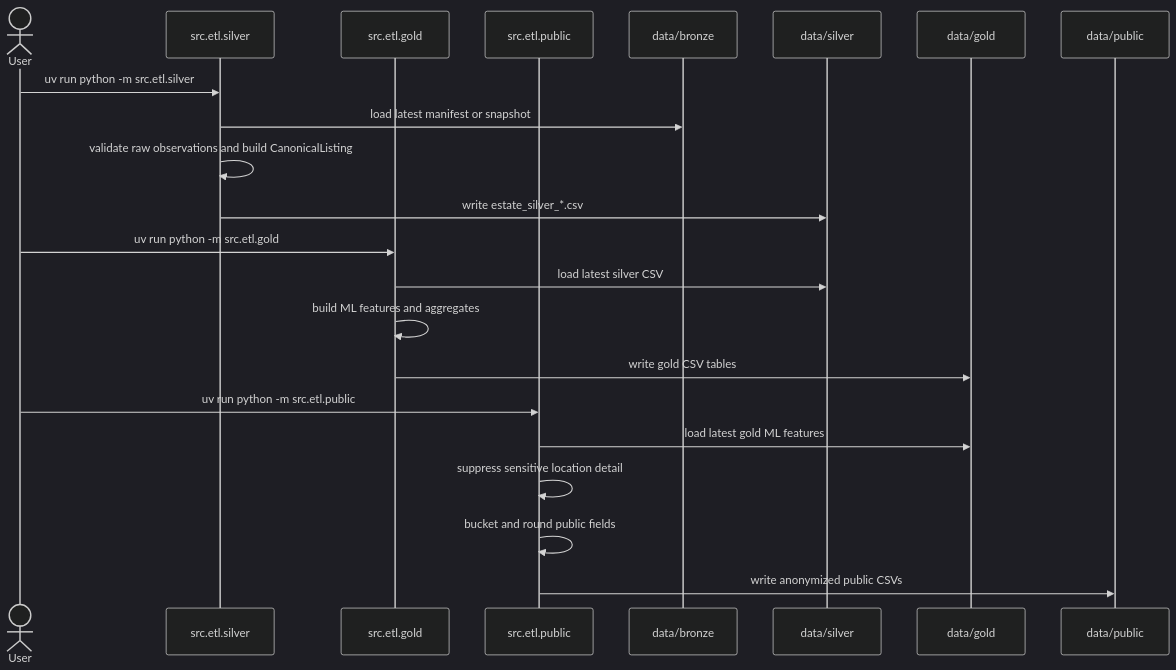
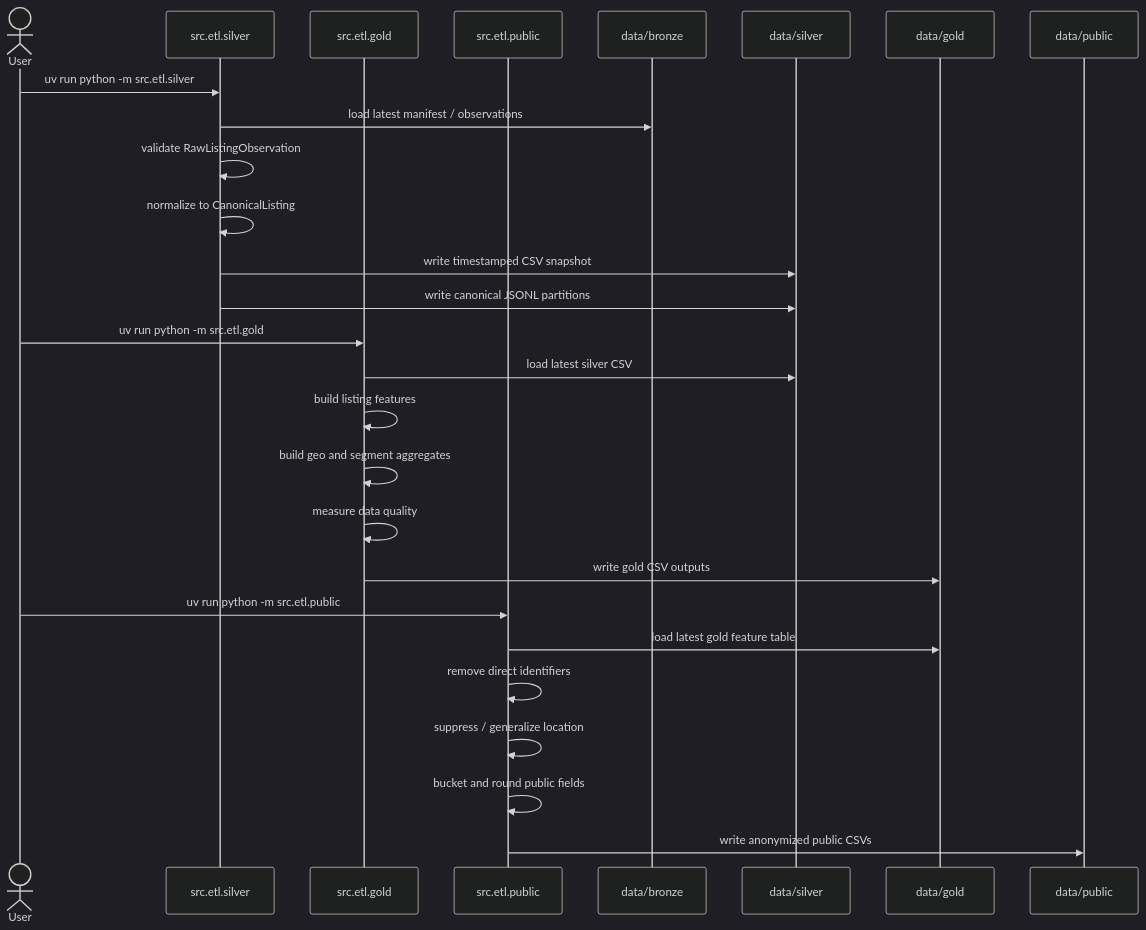
Before and after one commit to bi3lu/polish-real-estate-price-aggregates: the diagram in docs/etl-sequence.md, drawn with Mermaid (dark theme). The commit also changed other lines of this file and 15 other files, not shown here.

````diff
--- a/docs/etl-sequence.md
+++ b/docs/etl-sequence.md
@@ -3,27 +3,32 @@
 ```mermaid
 sequenceDiagram
     actor User
     participant Silver as src.etl.silver
     participant Gold as src.etl.gold
     participant Public as src.etl.public
-    participant BronzeData as data/bronze
+    participant Bronze as data/bronze
     participant SilverData as data/silver
     participant GoldData as data/gold
     participant PublicData as data/public
 
     User->>Silver: uv run python -m src.etl.silver
-    Silver->>BronzeData: load latest manifest or snapshot
-    Silver->>Silver: validate raw observations and build CanonicalListing
-    Silver->>SilverData: write estate_silver_*.csv
+    Silver->>Bronze: load latest manifest / observations
+    Silver->>Silver: validate RawListingObservation
+    Silver->>Silver: normalize to CanonicalListing
+    Silver->>SilverData: write timestamped CSV snapshot
+    Silver->>SilverData: write canonical JSONL partitions
 
     User->>Gold: uv run python -m src.etl.gold
     Gold->>SilverData: load latest silver CSV
-    Gold->>Gold: build ML features and aggregates
-    Gold->>GoldData: write gold CSV tables
+    Gold->>Gold: build listing features
+    Gold->>Gold: build geo and segment aggregates
+    Gold->>Gold: measure data quality
+    Gold->>GoldData: write gold CSV outputs
 
     User->>Public: uv run python -m src.etl.public
-    Public->>GoldData: load latest gold ML features
-    Public->>Public: suppress sensitive location detail
+    Public->>GoldData: load latest gold feature table
+    Public->>Public: remove direct identifiers
+    Public->>Public: suppress / generalize location
     Public->>Public: bucket and round public fields
     Public->>PublicData: write anonymized public CSVs
 ```
````
